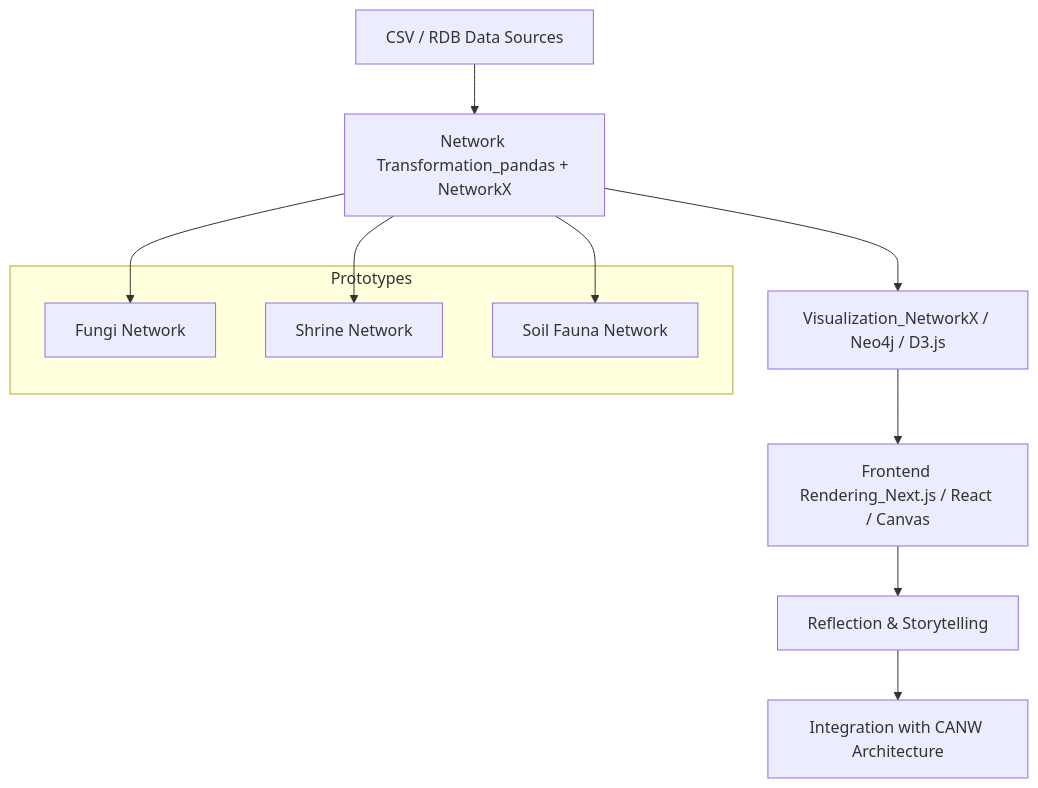
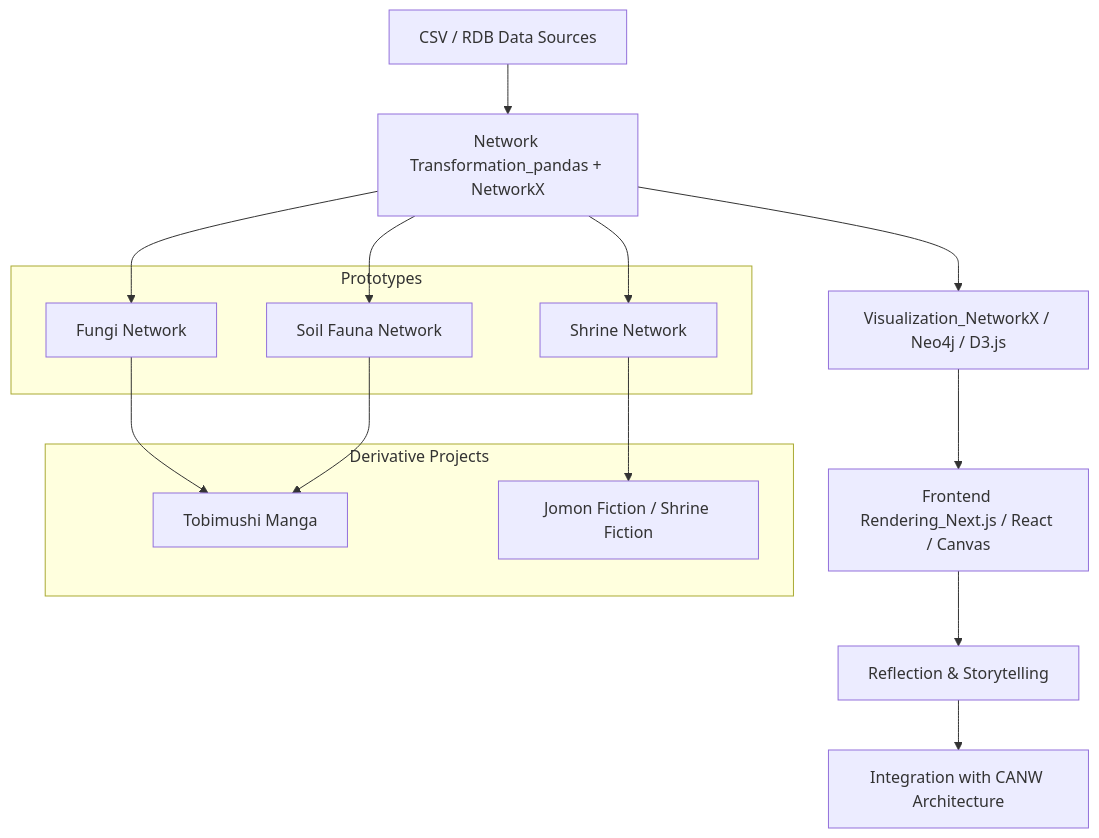
Before and after one commit to satoshi-create/complexity-and-network-webdesign: the diagram in projects/from-rdb-to-network/README.md, drawn with Mermaid.

````diff
--- a/projects/from-rdb-to-network/README.md
+++ b/projects/from-rdb-to-network/README.md
@@ -67,18 +67,28 @@
 ```mermaid
 graph TD
   A[CSV / RDB Data Sources] --> B[Network Transformation_pandas + NetworkX]
   B --> C[Visualization_NetworkX / Neo4j / D3.js]
   C --> D[Frontend Rendering_Next.js / React / Canvas]
   D --> E[Reflection & Storytelling]
   E --> F[Integration with CANW Architecture]
 
   subgraph Prototypes
     P1[Fungi Network]
     P2[Shrine Network]
     P3[Soil Fauna Network]
   end
 
+  subgraph Derivative Projects
+    M1[Tobimushi Manga]
+    M2[Jomon Fiction / Shrine Fiction]
+  end
+
   B --> P1
   B --> P2
   B --> P3
+
+  P1 --> M1
+  P3 --> M1
+  P2 --> M2
+
 ```
````
